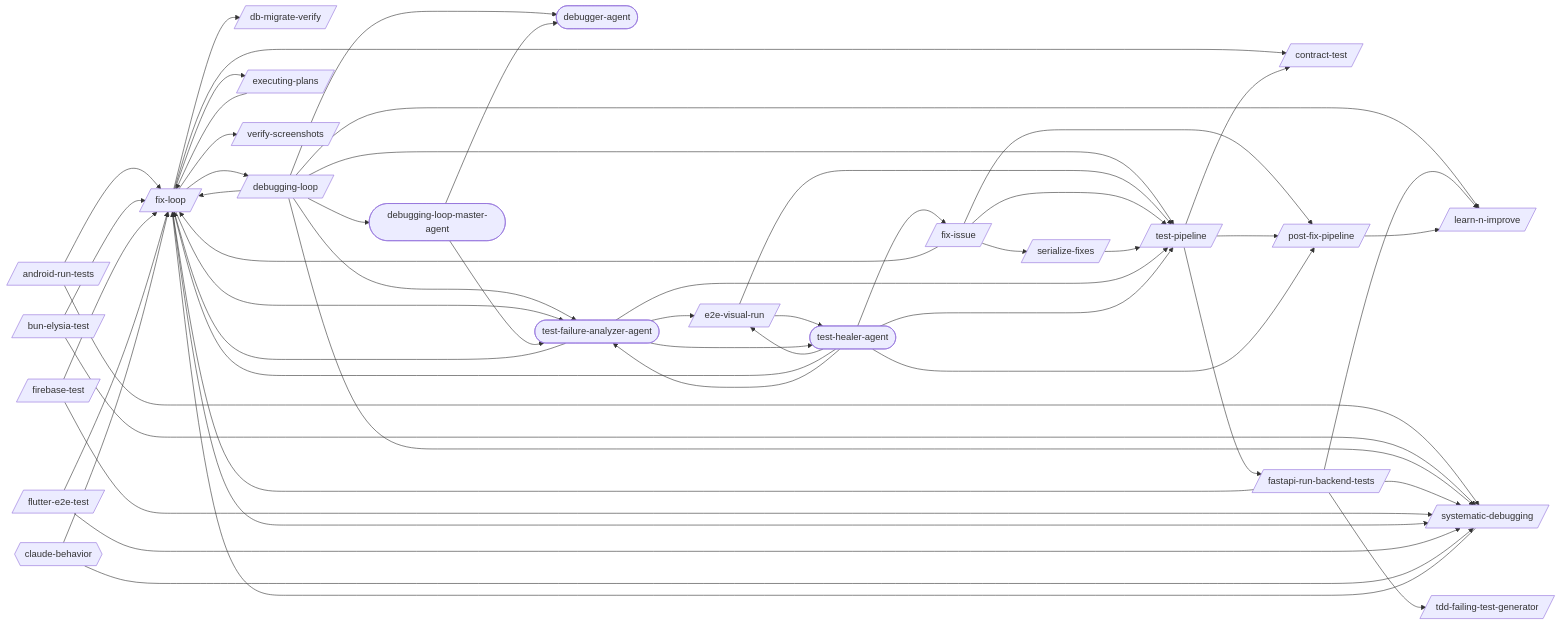
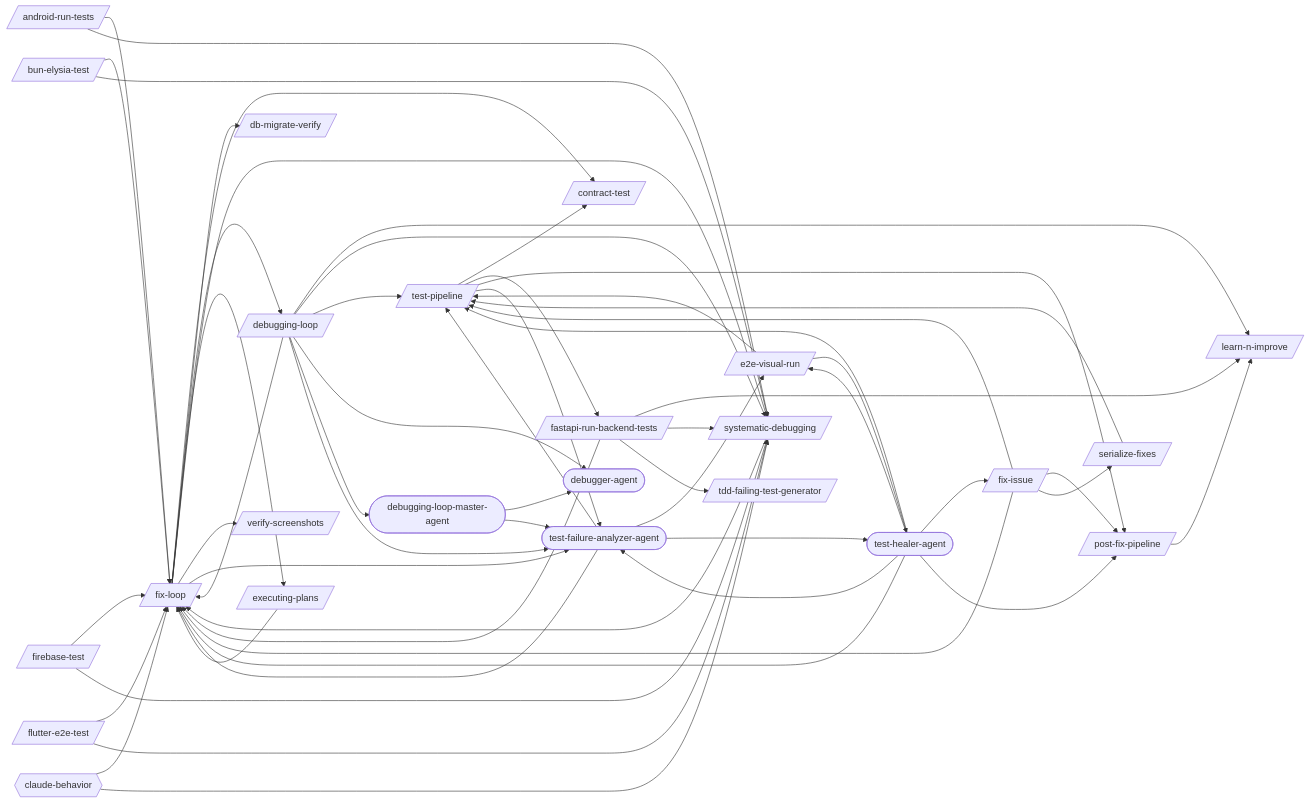
One commit to abhayla/claude-best-practices changed the first of 23 diagrams in docs/workflows/debugging-loop.md. Above: the diagram before and after it, drawn with Mermaid. The commit also changed other lines of this file and 12 other files, not shown here.

````diff
--- a/docs/workflows/debugging-loop.md
+++ b/docs/workflows/debugging-loop.md
@@ -9,80 +9,81 @@
 ```mermaid
 graph LR
     android_run_tests[/android-run-tests/]
     bun_elysia_test[/bun-elysia-test/]
     contract_test[/contract-test/]
     db_migrate_verify[/db-migrate-verify/]
     debugging_loop[/debugging-loop/]
     e2e_visual_run[/e2e-visual-run/]
     executing_plans[/executing-plans/]
     fastapi_run_backend_tests[/fastapi-run-backend-tests/]
     firebase_test[/firebase-test/]
     fix_issue[/fix-issue/]
     fix_loop[/fix-loop/]
     flutter_e2e_test[/flutter-e2e-test/]
     learn_n_improve[/learn-n-improve/]
     post_fix_pipeline[/post-fix-pipeline/]
     serialize_fixes[/serialize-fixes/]
     systematic_debugging[/systematic-debugging/]
     tdd_failing_test_generator[/tdd-failing-test-generator/]
     test_pipeline[/test-pipeline/]
     verify_screenshots[/verify-screenshots/]
     debugger_agent([debugger-agent])
     debugging_loop_master_agent([debugging-loop-master-agent])
     test_failure_analyzer_agent([test-failure-analyzer-agent])
     test_healer_agent([test-healer-agent])
     claude_behavior{{claude-behavior}}
     android_run_tests --> fix_loop
     android_run_tests --> systematic_debugging
     bun_elysia_test --> fix_loop
     bun_elysia_test --> systematic_debugging
     debugging_loop --> fix_loop
     debugging_loop --> learn_n_improve
     debugging_loop --> systematic_debugging
     debugging_loop --> test_pipeline
     debugging_loop --> debugger_agent
     debugging_loop --> debugging_loop_master_agent
     debugging_loop --> test_failure_analyzer_agent
     e2e_visual_run --> test_pipeline
     e2e_visual_run --> test_healer_agent
     executing_plans --> fix_loop
     fastapi_run_backend_tests --> fix_loop
     fastapi_run_backend_tests --> learn_n_improve
     fastapi_run_backend_tests --> systematic_debugging
     fastapi_run_backend_tests --> tdd_failing_test_generator
     firebase_test --> fix_loop
     firebase_test --> systematic_debugging
     fix_issue --> fix_loop
     fix_issue --> post_fix_pipeline
     fix_issue --> serialize_fixes
     fix_issue --> test_pipeline
     fix_loop --> contract_test
     fix_loop --> db_migrate_verify
     fix_loop --> debugging_loop
     fix_loop --> executing_plans
     fix_loop --> systematic_debugging
     fix_loop --> verify_screenshots
     fix_loop --> test_failure_analyzer_agent
     flutter_e2e_test --> fix_loop
     flutter_e2e_test --> systematic_debugging
     post_fix_pipeline --> learn_n_improve
     serialize_fixes --> test_pipeline
     systematic_debugging --> fix_loop
     test_pipeline --> contract_test
     test_pipeline --> fastapi_run_backend_tests
     test_pipeline --> post_fix_pipeline
+    test_pipeline --> test_failure_analyzer_agent
     debugging_loop_master_agent --> debugger_agent
     debugging_loop_master_agent --> test_failure_analyzer_agent
     test_failure_analyzer_agent --> e2e_visual_run
     test_failure_analyzer_agent --> fix_loop
     test_failure_analyzer_agent --> test_pipeline
     test_failure_analyzer_agent --> test_healer_agent
     test_healer_agent --> e2e_visual_run
     test_healer_agent --> fix_issue
     test_healer_agent --> fix_loop
     test_healer_agent --> post_fix_pipeline
     test_healer_agent --> test_pipeline
     test_healer_agent --> test_failure_analyzer_agent
     claude_behavior --> fix_loop
     claude_behavior --> systematic_debugging
 ```
````
